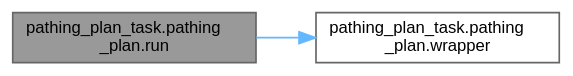
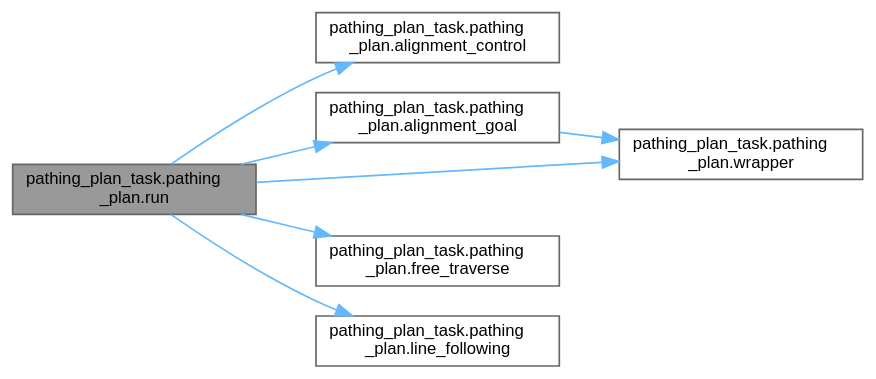
The diagram in docs/classpathing__plan__task_1_1pathing__plan_a50ae901bf0f81f3057545b804b84b2a4_cgraph.dot (elheuchert/ME-405-Romi), drawn with Graphviz before and after one commit. The commit also changed 96 other files, not shown here.

```diff
--- a/docs/classpathing__plan__task_1_1pathing__plan_a50ae901bf0f81f3057545b804b84b2a4_cgraph.dot
+++ b/docs/classpathing__plan__task_1_1pathing__plan_a50ae901bf0f81f3057545b804b84b2a4_cgraph.dot
@@ -1,11 +1,20 @@
 digraph "pathing_plan_task.pathing_plan.run"
 {
  // LATEX_PDF_SIZE
   bgcolor="transparent";
   edge [fontname=Helvetica,fontsize=10,labelfontname=Helvetica,labelfontsize=10];
   node [fontname=Helvetica,fontsize=10,shape=box,height=0.2,width=0.4];
   rankdir="LR";
   Node1 [id="Node000001",label="pathing_plan_task.pathing\l_plan.run",height=0.2,width=0.4,color="gray40", fillcolor="grey60", style="filled", fontcolor="black",tooltip=" "];
   Node1 -> Node2 [id="edge1_Node000001_Node000002",color="steelblue1",style="solid",tooltip=" "];
-  Node2 [id="Node000002",label="pathing_plan_task.pathing\l_plan.wrapper",height=0.2,width=0.4,color="grey40", fillcolor="white", style="filled",URL="$classpathing__plan__task_1_1pathing__plan.html#ad08c3360eb952dab07e98c69169c43b5",tooltip=" "];
+  Node2 [id="Node000002",label="pathing_plan_task.pathing\l_plan.alignment_control",height=0.2,width=0.4,color="grey40", fillcolor="white", style="filled",URL="$classpathing__plan__task_1_1pathing__plan.html#a29b99a247d490f7e9d969d3622cd4500",tooltip=" "];
+  Node1 -> Node3 [id="edge2_Node000001_Node000003",color="steelblue1",style="solid",tooltip=" "];
+  Node3 [id="Node000003",label="pathing_plan_task.pathing\l_plan.alignment_goal",height=0.2,width=0.4,color="grey40", fillcolor="white", style="filled",URL="$classpathing__plan__task_1_1pathing__plan.html#a7cabe7403a1b005a063a5fd59b557e8e",tooltip=" "];
+  Node3 -> Node4 [id="edge3_Node000003_Node000004",color="steelblue1",style="solid",tooltip=" "];
+  Node4 [id="Node000004",label="pathing_plan_task.pathing\l_plan.wrapper",height=0.2,width=0.4,color="grey40", fillcolor="white", style="filled",URL="$classpathing__plan__task_1_1pathing__plan.html#ad08c3360eb952dab07e98c69169c43b5",tooltip=" "];
+  Node1 -> Node5 [id="edge4_Node000001_Node000005",color="steelblue1",style="solid",tooltip=" "];
+  Node5 [id="Node000005",label="pathing_plan_task.pathing\l_plan.free_traverse",height=0.2,width=0.4,color="grey40", fillcolor="white", style="filled",URL="$classpathing__plan__task_1_1pathing__plan.html#a2846b46235f46f34c45cb0d19f18619c",tooltip=" "];
+  Node1 -> Node6 [id="edge5_Node000001_Node000006",color="steelblue1",style="solid",tooltip=" "];
+  Node6 [id="Node000006",label="pathing_plan_task.pathing\l_plan.line_following",height=0.2,width=0.4,color="grey40", fillcolor="white", style="filled",URL="$classpathing__plan__task_1_1pathing__plan.html#afdc5715b2647cb1fe291cb542f25e686",tooltip=" "];
+  Node1 -> Node4 [id="edge6_Node000001_Node000004",color="steelblue1",style="solid",tooltip=" "];
 }
```
